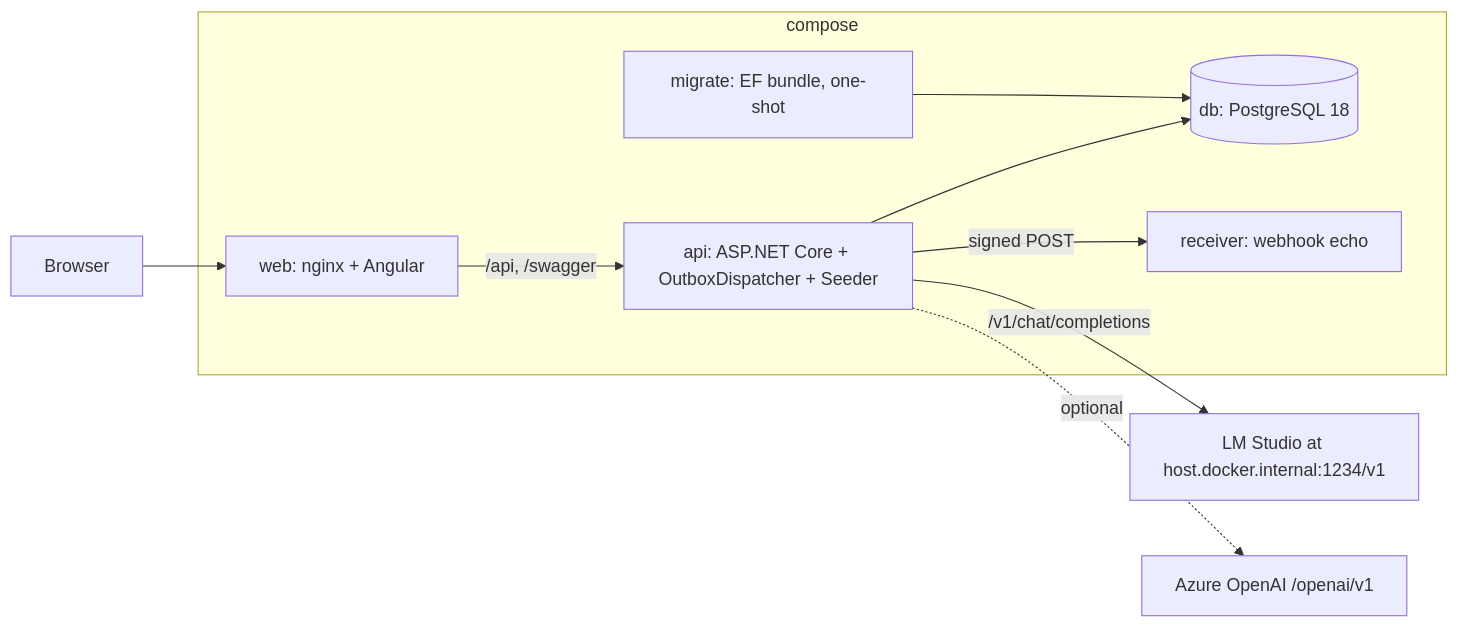
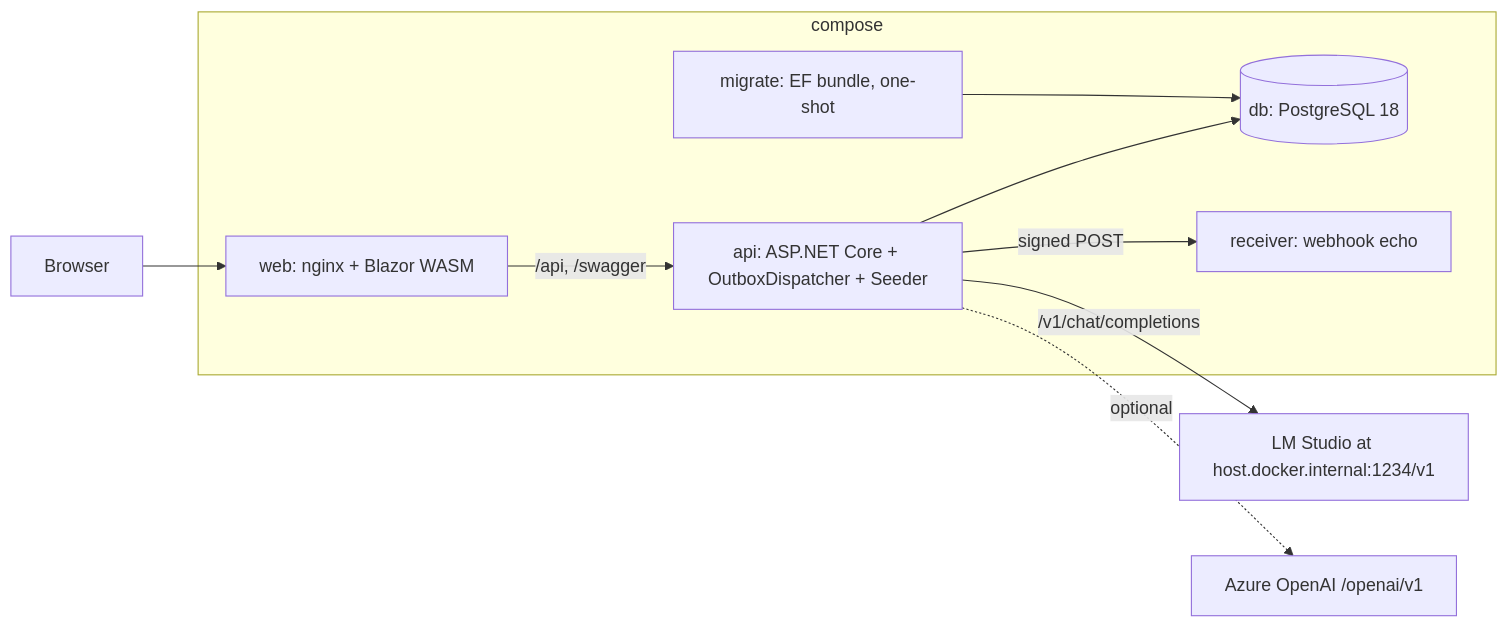
One commit to bspann/ActionLedger changed the second of 3 diagrams in _bmad-output/planning-artifacts/architecture/architecture-ActionLedger-2026-09-20/ARCHITECTURE-SPINE.md. Above: the diagram before and after it, drawn with Mermaid. The commit also changed other lines of this file and 7 other files, not shown here.

````diff
--- a/_bmad-output/planning-artifacts/architecture/architecture-ActionLedger-2026-09-20/ARCHITECTURE-SPINE.md
+++ b/_bmad-output/planning-artifacts/architecture/architecture-ActionLedger-2026-09-20/ARCHITECTURE-SPINE.md
@@ -236,12 +235,12 @@
 ```mermaid
 graph LR
   subgraph compose
-    web[web: nginx + Angular] -->|/api, /swagger| api[api: ASP.NET Core + OutboxDispatcher + Seeder]
+    web[web: nginx + Blazor WASM] -->|/api, /swagger| api[api: ASP.NET Core + OutboxDispatcher + Seeder]
     api --> db[(db: PostgreSQL 18)]
     migrate[migrate: EF bundle, one-shot] --> db
     api -->|signed POST| receiver[receiver: webhook echo]
   end
   api -->|/v1/chat/completions| lm[LM Studio at host.docker.internal:1234/v1]
   api -.->|optional| aoai[Azure OpenAI /openai/v1]
   browser[Browser] --> web
 ```
````
